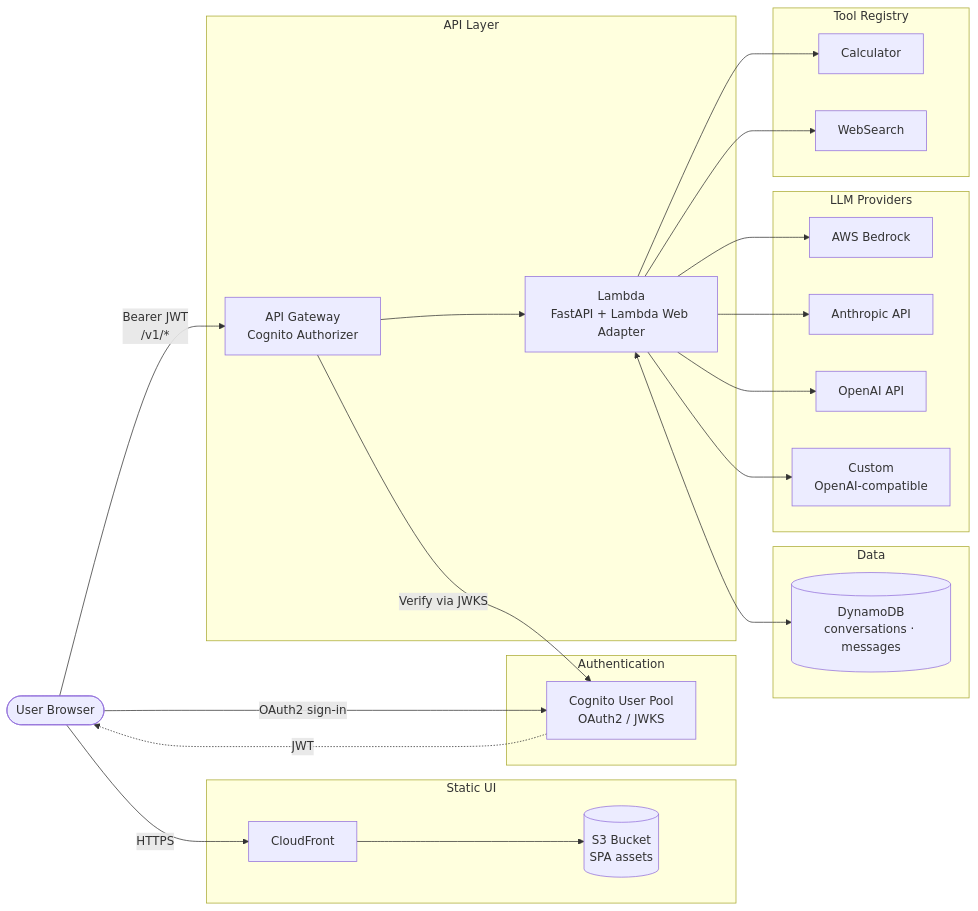
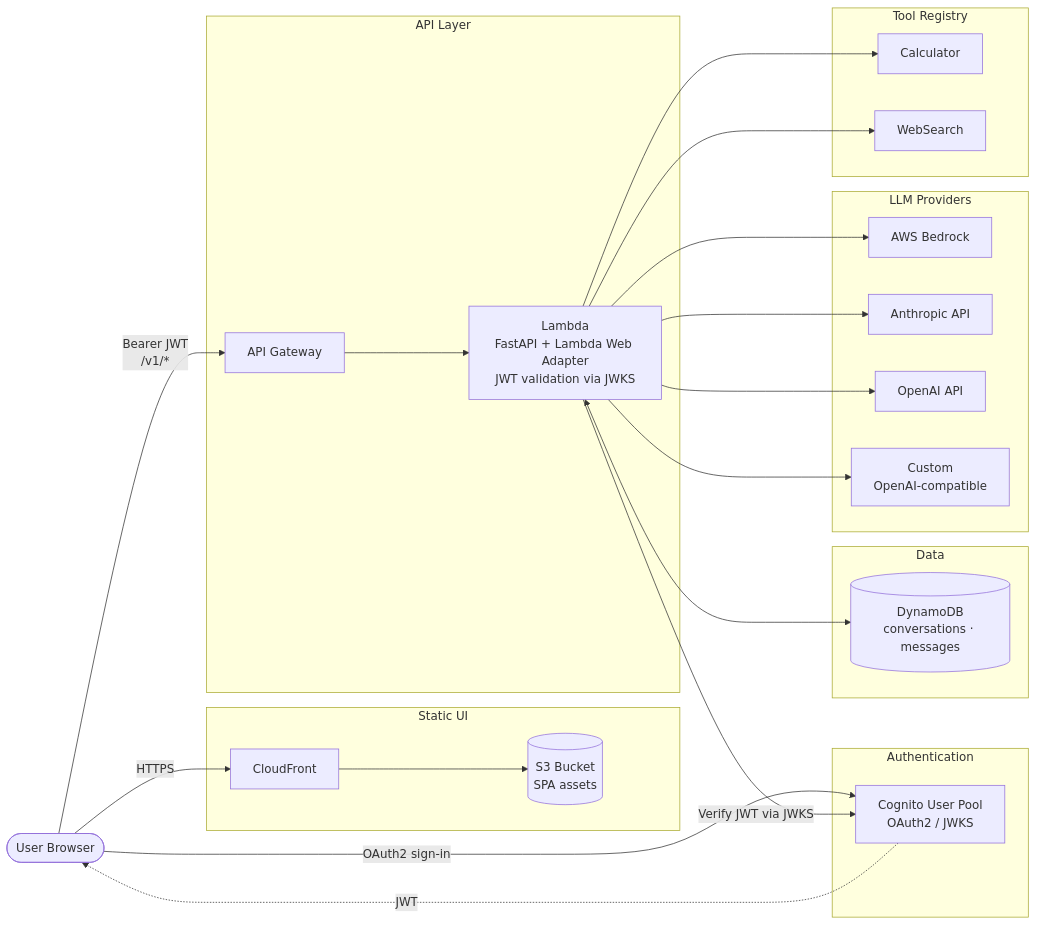
One commit to derekvasilich/lambda-chat-agent changed the diagram in README.md. Above: the diagram before and after it, drawn with Mermaid. The commit also changed other lines of this file, not shown here.

````diff
--- a/README.md
+++ b/README.md
@@ -7,49 +7,49 @@
 ```mermaid
 flowchart LR
     User([User Browser])
 
     subgraph Frontend["Static UI"]
         CF[CloudFront]
         S3[(S3 Bucket<br/>SPA assets)]
     end
 
     subgraph Auth["Authentication"]
         Cognito[Cognito User Pool<br/>OAuth2 / JWKS]
     end
 
     subgraph API["API Layer"]
-        APIGW[API Gateway<br/>Cognito Authorizer]
-        Lambda[Lambda<br/>FastAPI + Lambda Web Adapter]
+        APIGW[API Gateway]
+        Lambda[Lambda<br/>FastAPI + Lambda Web Adapter<br/>JWT validation via JWKS]
     end
 
     subgraph Data["Data"]
         DDB[(DynamoDB<br/>conversations · messages)]
     end
 
     subgraph LLMs["LLM Providers"]
         Bedrock[AWS Bedrock]
         Anthropic[Anthropic API]
         OpenAI[OpenAI API]
         Custom[Custom<br/>OpenAI-compatible]
     end
 
     subgraph Tools["Tool Registry"]
         Calc[Calculator]
         Web[WebSearch]
     end
 
     User -->|HTTPS| CF
     CF --> S3
     User -->|OAuth2 sign-in| Cognito
     Cognito -. JWT .-> User
     User -->|Bearer JWT<br/>/v1/*| APIGW
-    APIGW -->|Verify via JWKS| Cognito
     APIGW --> Lambda
+    Lambda -->|Verify JWT via JWKS| Cognito
     Lambda <--> DDB
     Lambda --> Bedrock
     Lambda --> Anthropic
     Lambda --> OpenAI
     Lambda --> Custom
     Lambda --> Calc
     Lambda --> Web
 ```
````
